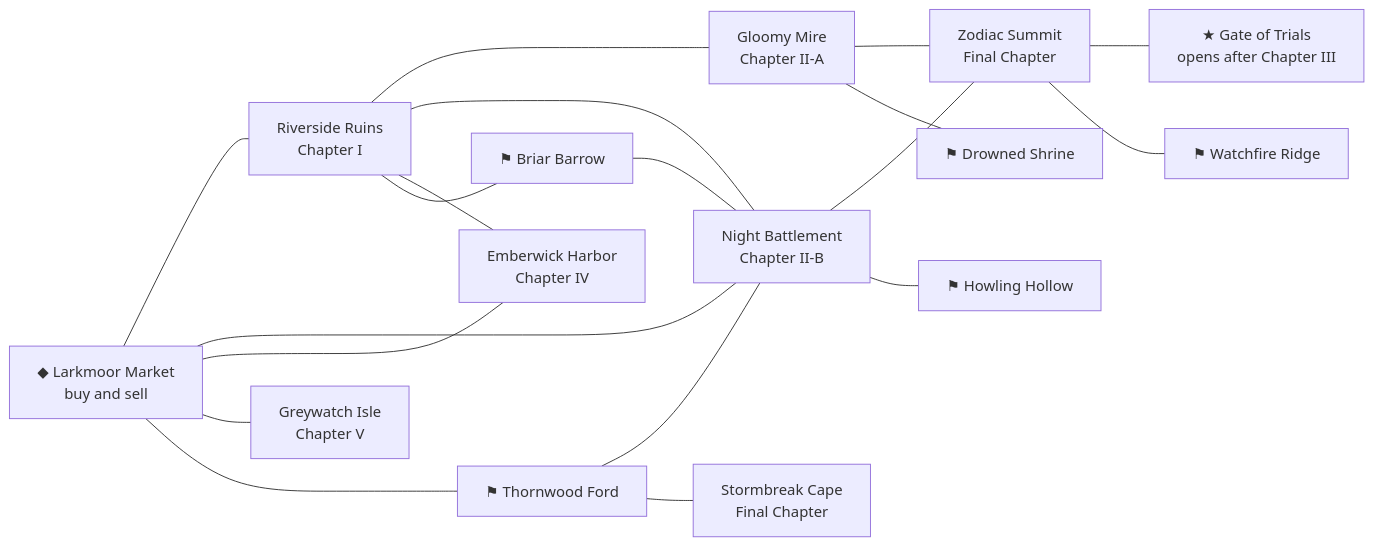
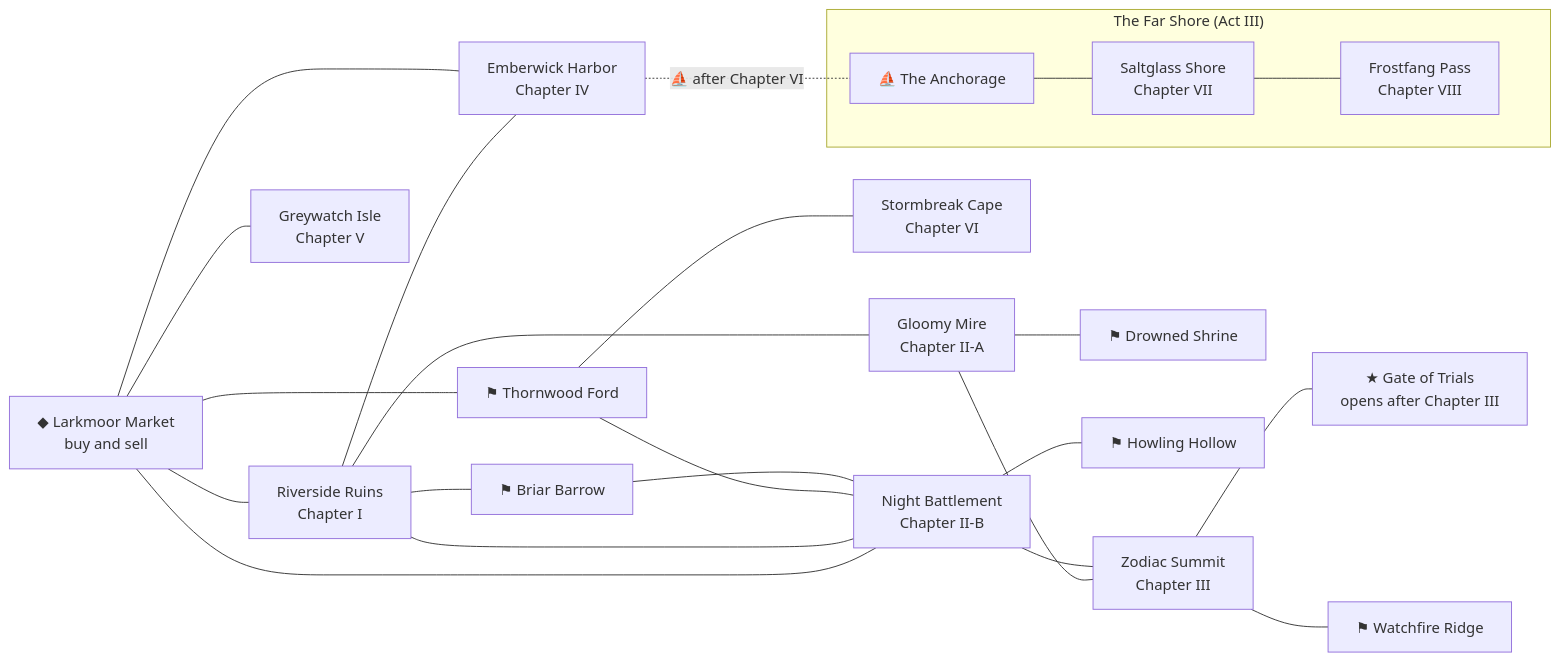
One commit to CptNope/Chess-RPG-Tactics changed the fourth of 5 diagrams in docs/GAMEPLAY_GUIDE.md. Above: the diagram before and after it, drawn with Mermaid. The commit also changed other lines of this file and 40 other files, not shown here.

First line of the commit message:
0.34.0: Act III begins — sail to the Far Shore

````diff
--- a/docs/GAMEPLAY_GUIDE.md
+++ b/docs/GAMEPLAY_GUIDE.md
@@ -115,19 +127,23 @@
 ```mermaid
 flowchart LR
     M["◆ Larkmoor Market<br/>buy and sell"] --- R["Riverside Ruins<br/>Chapter I"]
     M --- B["Night Battlement<br/>Chapter II-B"]
     R --- G["Gloomy Mire<br/>Chapter II-A"]
     R --- B
-    G --- Z["Zodiac Summit<br/>Final Chapter"]
+    G --- Z["Zodiac Summit<br/>Chapter III"]
     B --- Z
     Z --- T["★ Gate of Trials<br/>opens after Chapter III"]
     R --- H["Emberwick Harbor<br/>Chapter IV"]
     M --- H
     M --- I["Greywatch Isle<br/>Chapter V"]
     M --- TF["⚑ Thornwood Ford"] --- B
-    TF --- CP["Stormbreak Cape<br/>Final Chapter"]
+    TF --- CP["Stormbreak Cape<br/>Chapter VI"]
     G --- DS["⚑ Drowned Shrine"]
     Z --- WR["⚑ Watchfire Ridge"]
     B --- HH["⚑ Howling Hollow"]
     R --- BB["⚑ Briar Barrow"] --- B
+    H -. "⛵ after Chapter VI" .- A
+    subgraph FS["The Far Shore (Act III)"]
+        A["⛵ The Anchorage"] --- SG["Saltglass Shore<br/>Chapter VII"] --- FP["Frostfang Pass<br/>Chapter VIII"]
+    end
 ```
````
